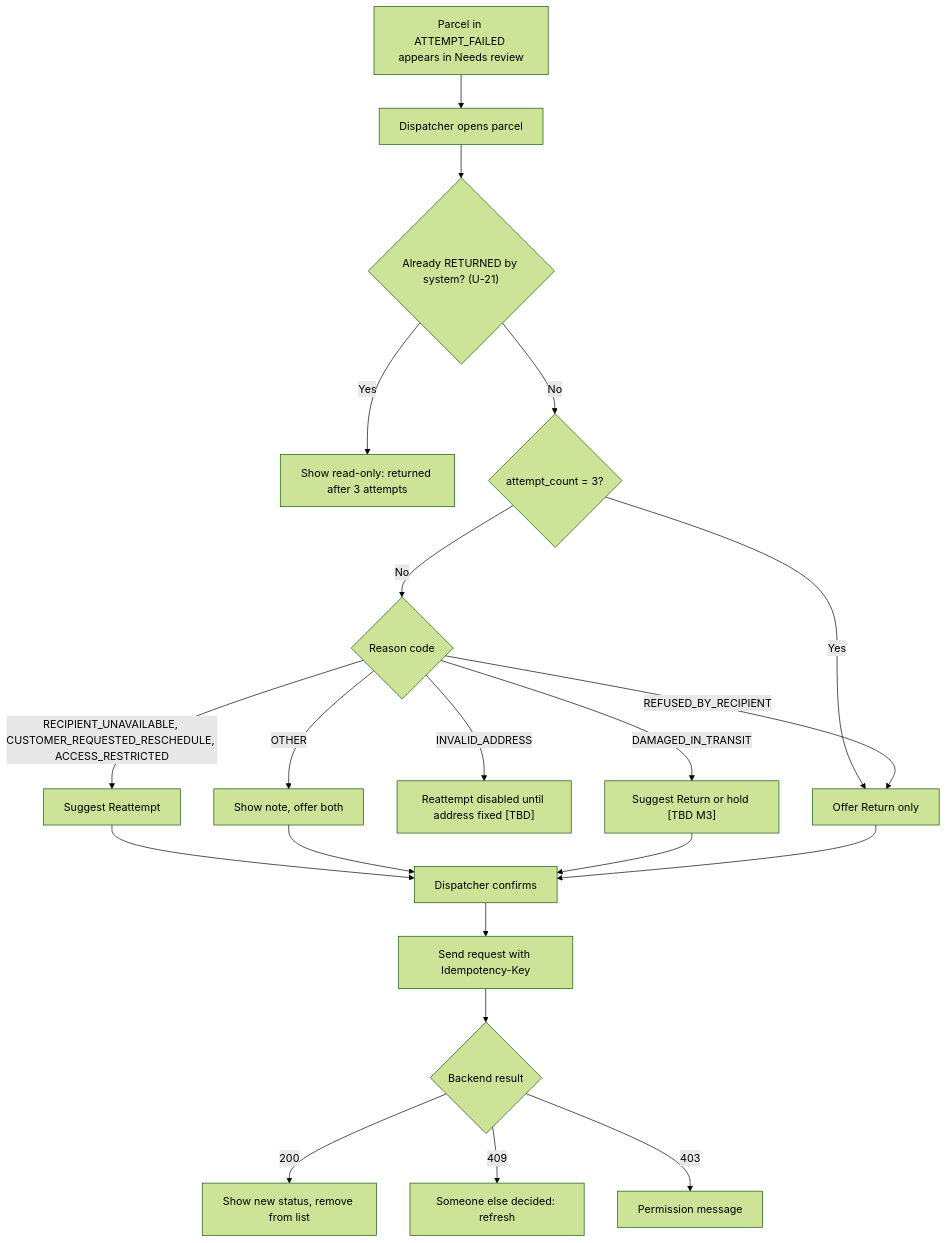
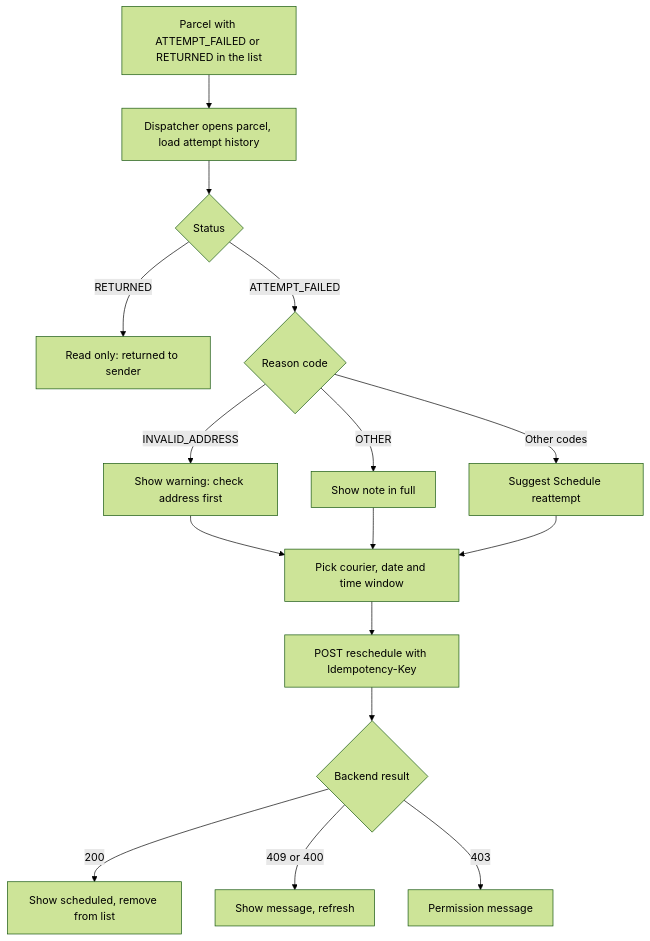
Before and after one commit to phantomTroupeEAD/SwiftDrop: diagram 20 of 55 in docs/drafts/member-07-dispatcher-admin-web-gateway/doc-02-functional-flows-and-business-rules.md, drawn with Mermaid (forest theme). The commit also changed other lines of this file and 125 other files, not shown here.

````diff
--- a/docs/drafts/member-07-dispatcher-admin-web-gateway/doc-02-functional-flows-and-business-rules.md
+++ b/docs/drafts/member-07-dispatcher-admin-web-gateway/doc-02-functional-flows-and-business-rules.md
@@ -651,23 +651,18 @@
 ```mermaid
 flowchart TD
-    A["Parcel in ATTEMPT_FAILED appears in Needs review"] --> B["Dispatcher opens parcel"]
-    B --> C{"Already RETURNED by system? (U-21)"}
-    C -- "Yes" --> Z["Show read-only: returned after 3 attempts"]
-    C -- "No" --> D{"attempt_count = 3?"}
-    D -- "Yes" --> R["Offer Return only"]
-    D -- "No" --> E{"Reason code"}
-    E -- "RECIPIENT_UNAVAILABLE, CUSTOMER_REQUESTED_RESCHEDULE, ACCESS_RESTRICTED" --> F["Suggest Reattempt"]
-    E -- "INVALID_ADDRESS" --> G["Reattempt disabled until address fixed [TBD]"]
-    E -- "REFUSED_BY_RECIPIENT" --> R
-    E -- "DAMAGED_IN_TRANSIT" --> H["Suggest Return or hold [TBD M3]"]
-    E -- "OTHER" --> I["Show note, offer both"]
-    F --> J["Dispatcher confirms"]
+    A["Parcel with ATTEMPT_FAILED or RETURNED in the list"] --> B["Dispatcher opens parcel, load attempt history"]
+    B --> C{"Status"}
+    C -- "RETURNED" --> Z["Read only: returned to sender"]
+    C -- "ATTEMPT_FAILED" --> E{"Reason code"}
+    E -- "INVALID_ADDRESS" --> G["Show warning: check address first"]
+    E -- "OTHER" --> I["Show note in full"]
+    E -- "Other codes" --> F["Suggest Schedule reattempt"]
+    G --> J["Pick courier, date and time window"]
     I --> J
-    H --> J
-    R --> J
-    J --> K["Send request with Idempotency-Key"]
+    F --> J
+    J --> K["POST reschedule with Idempotency-Key"]
     K --> L{"Backend result"}
-    L -- "200" --> M["Show new status, remove from list"]
-    L -- "409" --> N["Someone else decided: refresh"]
+    L -- "200" --> M["Show scheduled, remove from list"]
+    L -- "409 or 400" --> N["Show message, refresh"]
     L -- "403" --> O["Permission message"]
 ```
````
